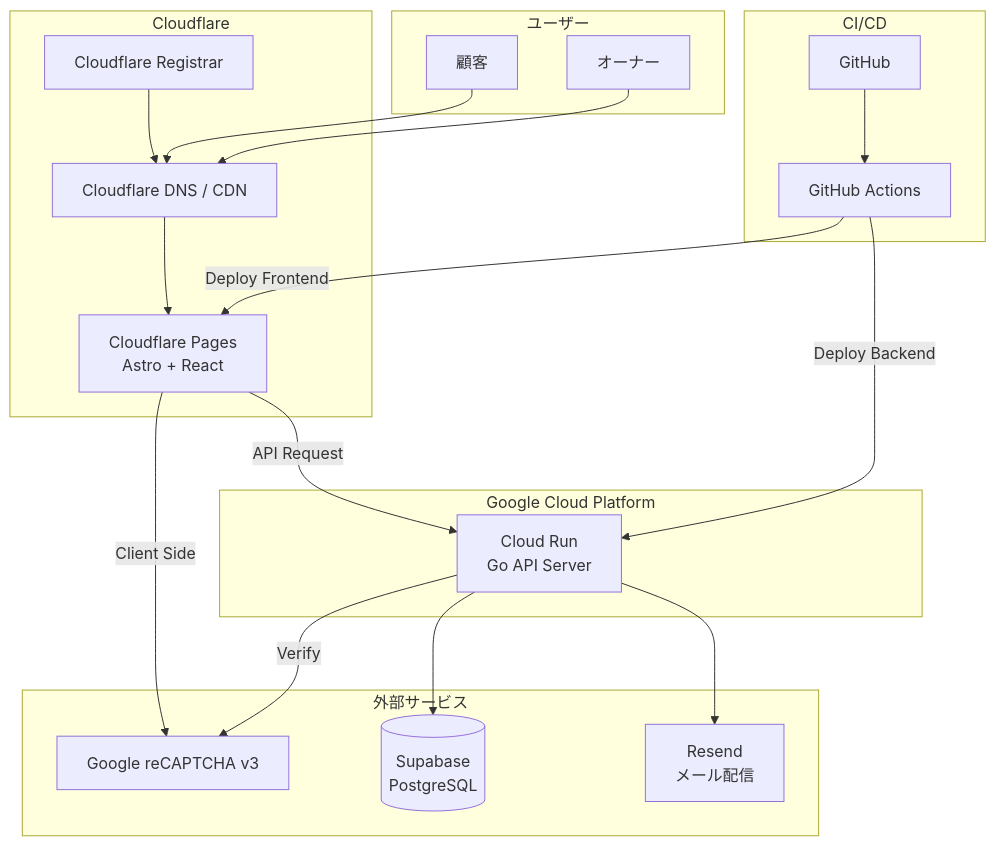
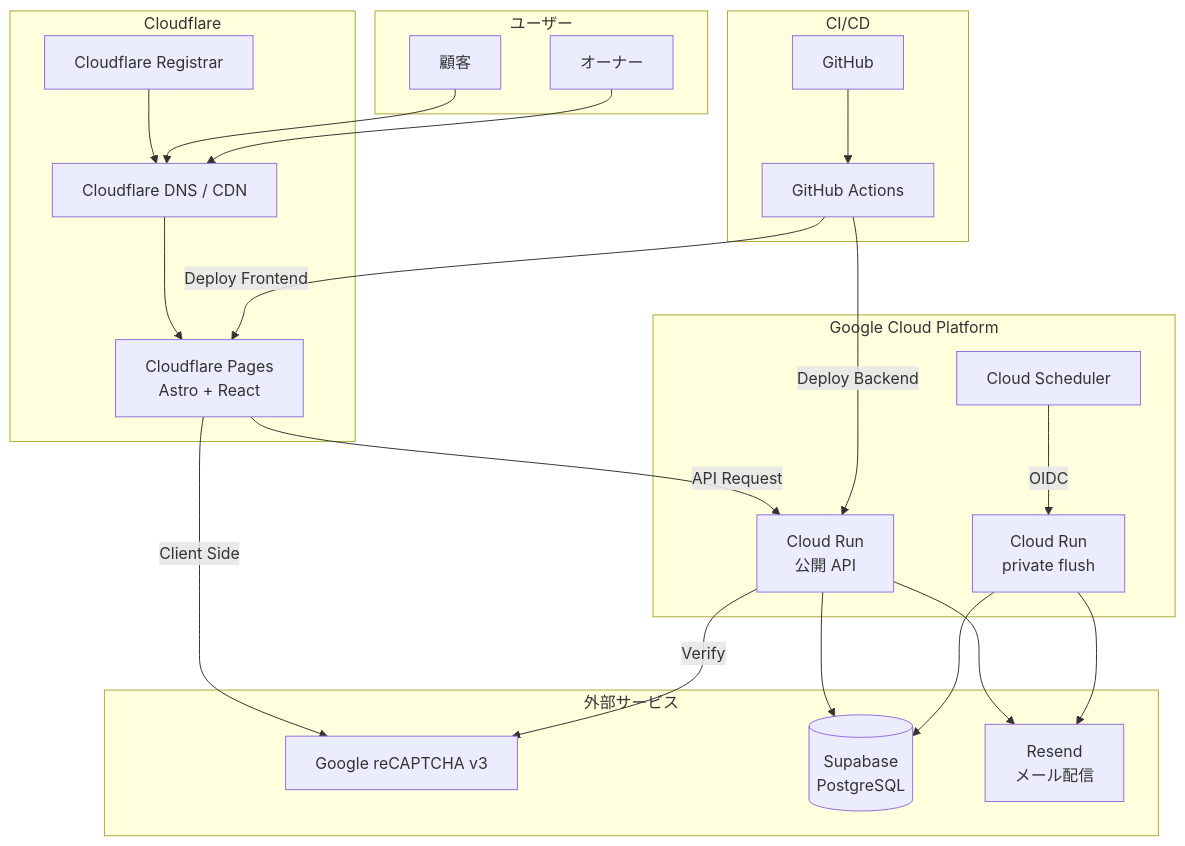
The first of 4 diagrams in docs/infrastructure.md (cergijame101007/satehits), drawn with Mermaid before and after one commit. The commit also changed other lines of this file and 39 other files, not shown here.

````diff
--- a/docs/infrastructure.md
+++ b/docs/infrastructure.md
@@ -5,42 +5,47 @@
 ```mermaid
 flowchart TB
     subgraph Users[ユーザー]
         Customer[顧客]
         Owner[オーナー]
     end
 
     subgraph Cloudflare[Cloudflare]
         CFRegistrar[Cloudflare Registrar]
         CFDNS[Cloudflare DNS / CDN]
         CFPages[Cloudflare Pages<br>Astro + React]
     end
 
     subgraph Google[Google Cloud Platform]
-        CloudRun[Cloud Run<br>Go API Server]
+        CloudRun[Cloud Run<br>公開 API]
+        CloudRunInternal[Cloud Run<br>private flush]
+        Scheduler[Cloud Scheduler]
     end
 
     subgraph External[外部サービス]
         ReCaptcha[Google reCAPTCHA v3]
         Supabase[(Supabase<br>PostgreSQL)]
         Resend[Resend<br>メール配信]
     end
 
     subgraph CI_CD[CI/CD]
         GitHub[GitHub]
         Actions[GitHub Actions]
     end
 
     CFRegistrar --> CFDNS
     Customer --> CFDNS
     Owner --> CFDNS
     CFDNS --> CFPages
     CFPages -->|API Request| CloudRun
     CloudRun --> Supabase
     CloudRun --> Resend
+    Scheduler -->|OIDC| CloudRunInternal
+    CloudRunInternal --> Supabase
+    CloudRunInternal --> Resend
     CFPages -->|Client Side| ReCaptcha
     CloudRun -->|Verify| ReCaptcha
 
     GitHub --> Actions
     Actions -->|Deploy Frontend| CFPages
     Actions -->|Deploy Backend| CloudRun
 ```
````
